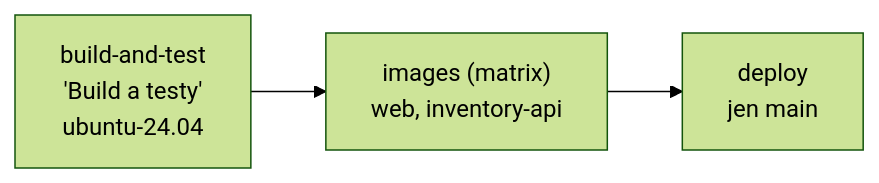
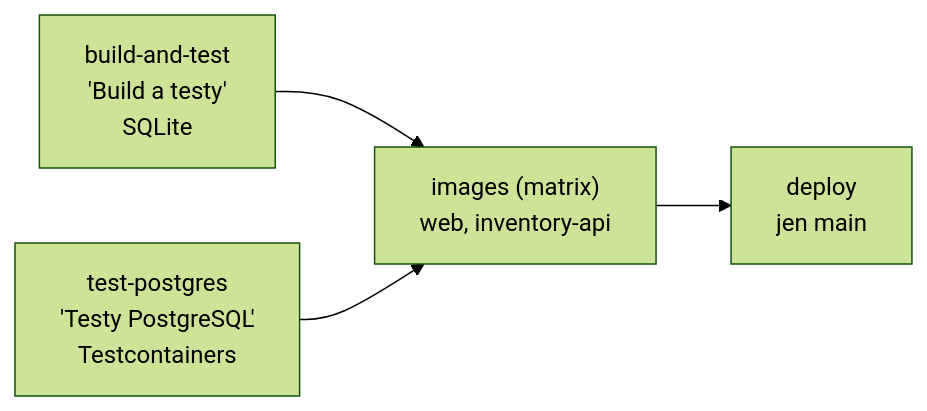
Before and after one commit to ftichy/MiniShop: the diagram in docs/prirucka/github/ci.md, drawn with Mermaid (forest theme). The commit also changed other lines of this file and 22 other files, not shown here.

First line of the commit message:
SCALING STEP2: testy proti PostgreSQL

````diff
--- a/docs/prirucka/github/ci.md
+++ b/docs/prirucka/github/ci.md
@@ -14,7 +14,10 @@
 ```mermaid
 flowchart LR
-    t["build-and-test<br/>'Build a testy'<br/>ubuntu-24.04"] --> i["images (matrix)<br/>web, inventory-api"]
+    t["build-and-test<br/>'Build a testy'<br/>SQLite"] --> i["images (matrix)<br/>web, inventory-api"]
+    p["test-postgres<br/>'Testy PostgreSQL'<br/>Testcontainers"] --> i
     i --> d["deploy<br/>jen main"]
+
+    click p "/Docs/architektura/databaze"
 
     click d "/Docs/github/cd"
 ```
````
